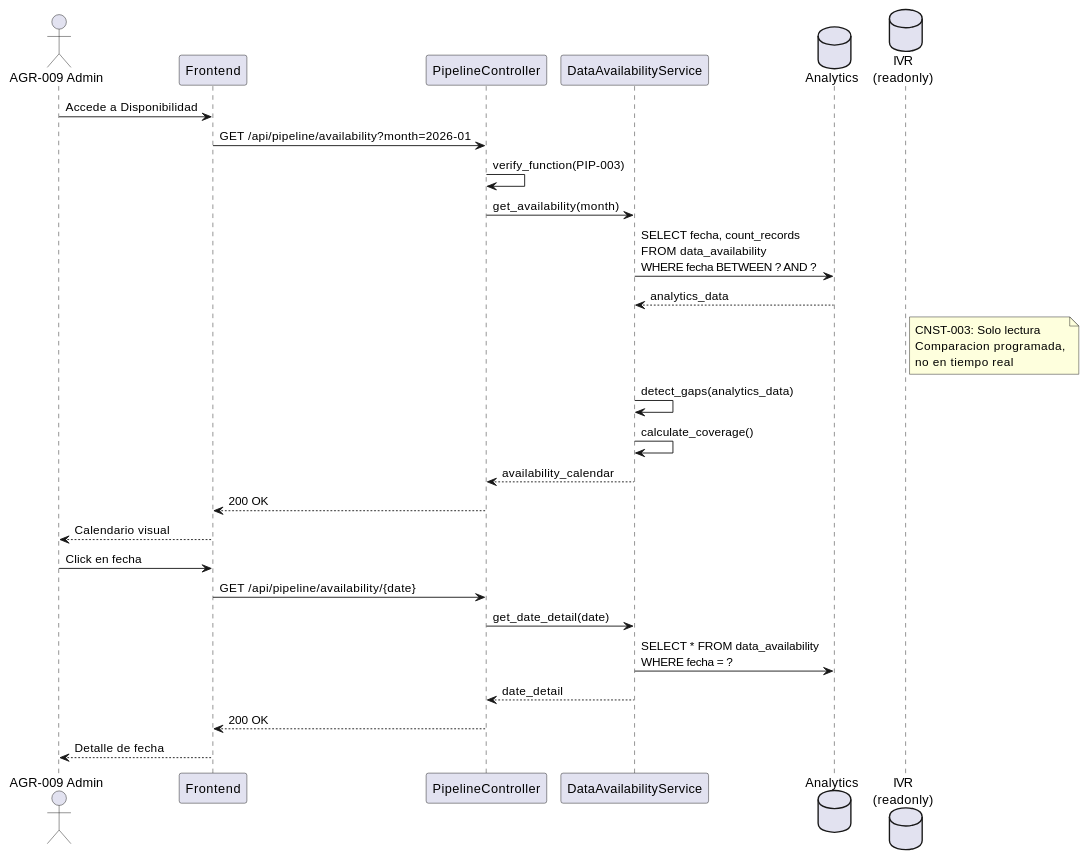
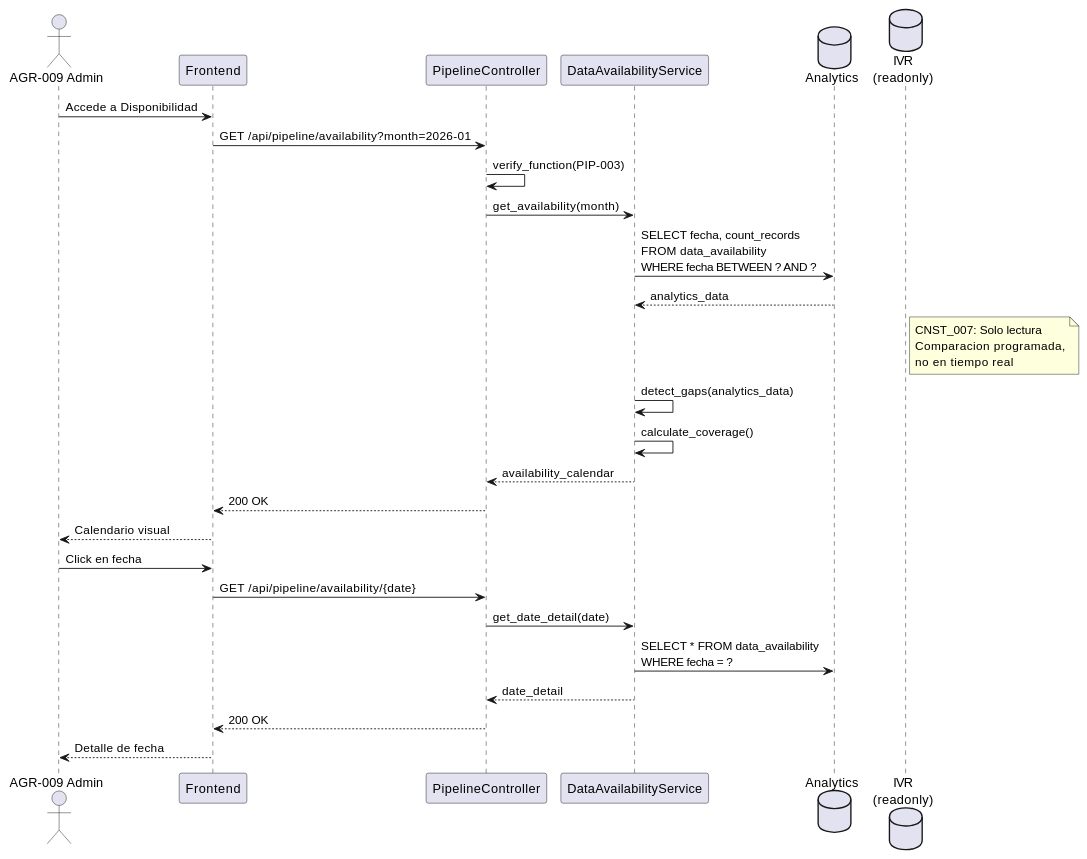
The second of 3 diagrams in source/requisitos/casos_uso/pipeline/UC_PIP_03_Consultar_Disponibilidad.rst (jcg-admin/IACT-docs), drawn with PlantUML before and after one commit. The commit also changed other lines of this file and 67 other files, not shown here.

```diff
--- a/source/requisitos/casos_uso/pipeline/UC_PIP_03_Consultar_Disponibilidad.rst
+++ b/source/requisitos/casos_uso/pipeline/UC_PIP_03_Consultar_Disponibilidad.rst
@@ -153,41 +153,41 @@
 .. uml::
    :caption: Diagrama de Secuencia - UC_PIP_03
 
    @startuml
    actor "AGR-009 Admin" as A
    participant "Frontend" as FE
    participant "PipelineController" as PC
    participant "DataAvailabilityService" as DAS
    database "Analytics" as ADB
    database "IVR\n(readonly)" as IVR
 
    A -> FE: Accede a Disponibilidad
    FE -> PC: GET /api/pipeline/availability?month=2026-01
    PC -> PC: verify_function(PIP-003)
 
    PC -> DAS: get_availability(month)
 
    DAS -> ADB: SELECT fecha, count_records\nFROM data_availability\nWHERE fecha BETWEEN ? AND ?
    ADB --> DAS: analytics_data
 
    note right of IVR
-     CNST-003: Solo lectura
+     CNST_007: Solo lectura
      Comparacion programada,
      no en tiempo real
    end note
 
    DAS -> DAS: detect_gaps(analytics_data)
    DAS -> DAS: calculate_coverage()
 
    DAS --> PC: availability_calendar
    PC --> FE: 200 OK
    FE --> A: Calendario visual
 
    A -> FE: Click en fecha
    FE -> PC: GET /api/pipeline/availability/{date}
    PC -> DAS: get_date_detail(date)
    DAS -> ADB: SELECT * FROM data_availability\nWHERE fecha = ?
    DAS --> PC: date_detail
    PC --> FE: 200 OK
    FE --> A: Detalle de fecha
    @enduml
```
